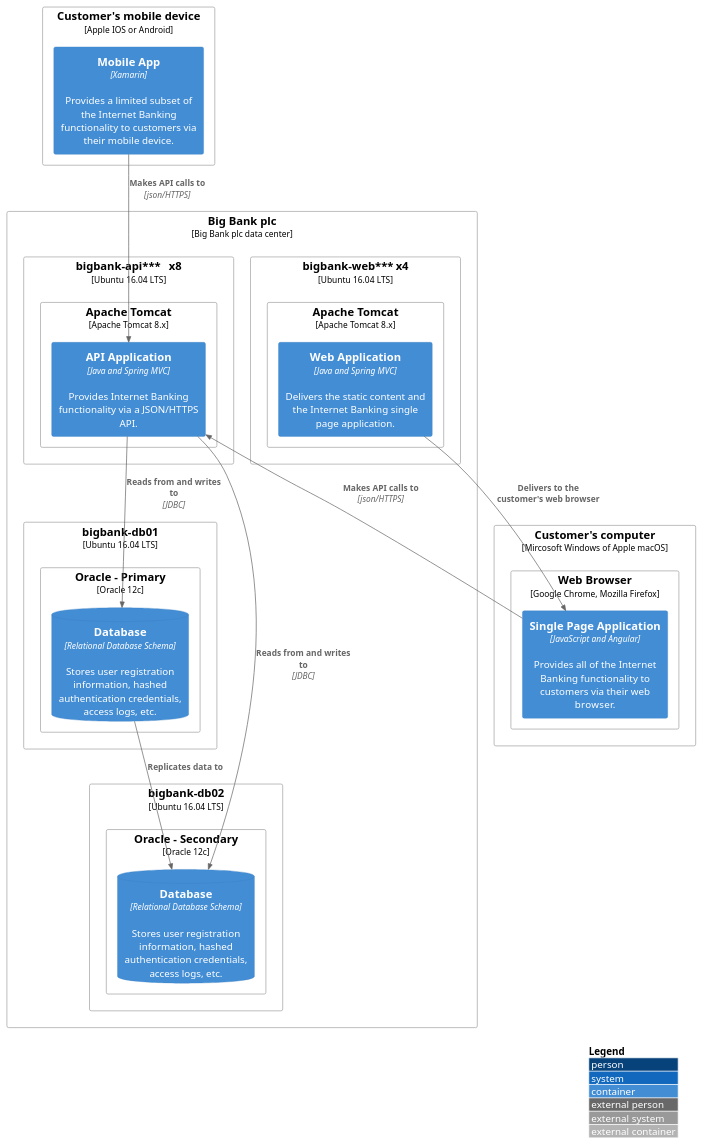
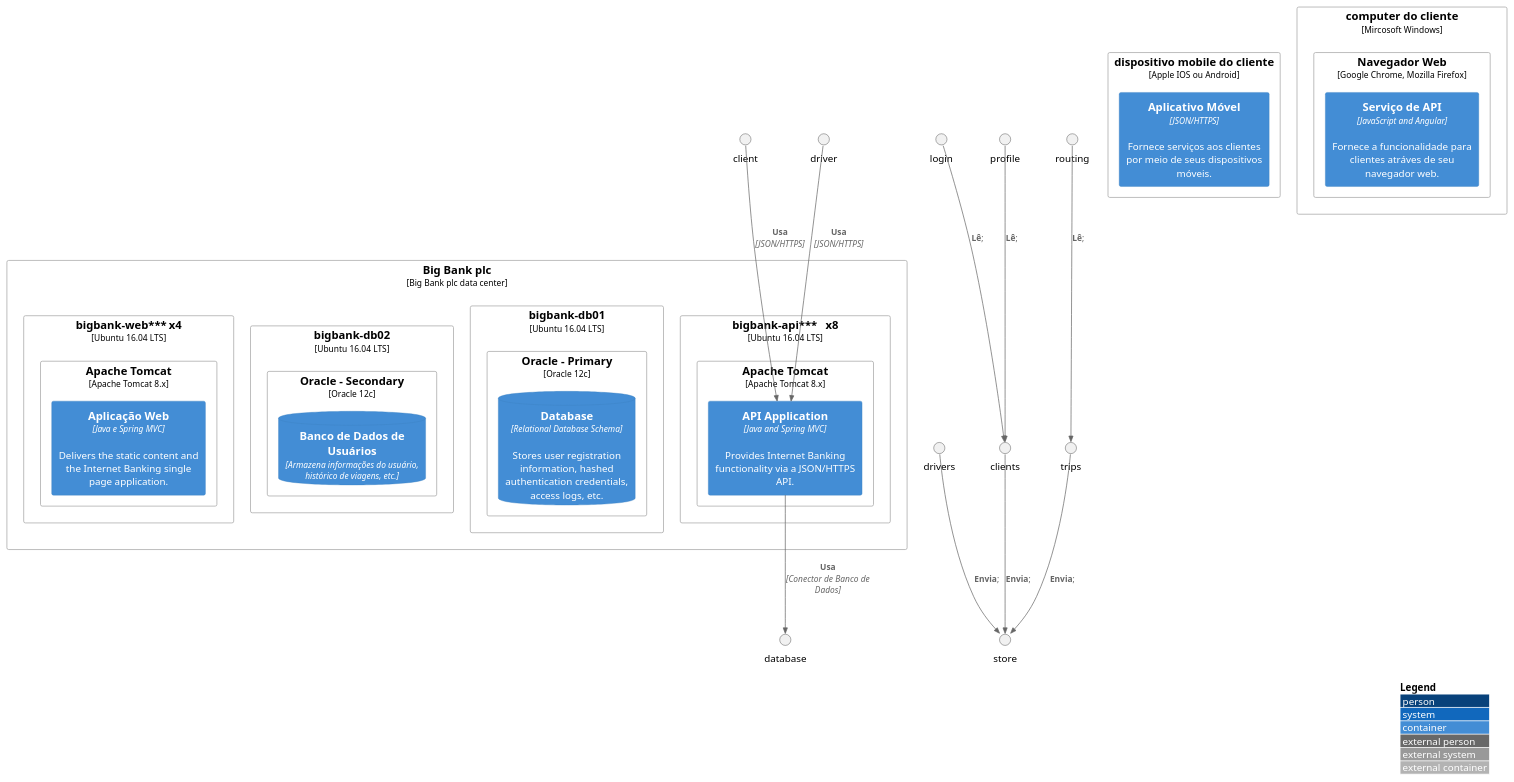
One commit to Emanuelle-Machado/DisciplinasTSI changed the diagram in projeto-c4builder/Projeto-SPS/src/2 Deployment/deployment.puml. Above: the diagram before and after it, drawn with PlantUML.

Commit message:
deployment
pequenas mudanças

```diff
--- a/projeto-c4builder/Projeto-SPS/src/2 Deployment/deployment.puml
+++ b/projeto-c4builder/Projeto-SPS/src/2 Deployment/deployment.puml
@@ -1,46 +1,54 @@
 @startuml
 !include https://raw.githubusercontent.com/adrianvlupu/C4-PlantUML/latest/C4_Deployment.puml
 
 LAYOUT_WITH_LEGEND()
 
 Deployment_Node(plc, "Big Bank plc", "Big Bank plc data center"){
     Deployment_Node(dn, "bigbank-api***\tx8", "Ubuntu 16.04 LTS"){
         Deployment_Node(apache, "Apache Tomcat", "Apache Tomcat 8.x"){
             Container(api, "API Application", "Java and Spring MVC", "Provides Internet Banking functionality via a JSON/HTTPS API.")
         }
     }
     Deployment_Node(bigbankdb01, "bigbank-db01", "Ubuntu 16.04 LTS"){
         Deployment_Node(oracle, "Oracle - Primary", "Oracle 12c"){
             ContainerDb(db, "Database", "Relational Database Schema", "Stores user registration information, hashed authentication credentials, access logs, etc.")
         }
     }
     Deployment_Node(bigbankdb02, "bigbank-db02", "Ubuntu 16.04 LTS"){
         Deployment_Node(oracle2, "Oracle - Secondary", "Oracle 12c"){
-            ContainerDb(db2, "Database", "Relational Database Schema", "Stores user registration information, hashed authentication credentials, access logs, etc.")
+            ContainerDb(bancoDadosUsuario, "Banco de Dados de Usuários", "Armazena informações do usuário, histórico de viagens, etc.")
         }
     }
     Deployment_Node(bb2, "bigbank-web***\tx4", "Ubuntu 16.04 LTS"){
         Deployment_Node(apache2, "Apache Tomcat", "Apache Tomcat 8.x"){
-            Container(web, "Web Application", "Java and Spring MVC", "Delivers the static content and the Internet Banking single page application.")
+            Container(web, "Aplicação Web", "Java e Spring MVC", "Delivers the static content and the Internet Banking single page application.")
         }
     }
 }
 
-Deployment_Node(mob, "Customer's mobile device", "Apple IOS or Android"){
-    Container(mobile, "Mobile App", "Xamarin", "Provides a limited subset of the Internet Banking functionality to customers via their mobile device.")
+Deployment_Node(mob, "dispositivo mobile do cliente", "Apple IOS ou Android"){
+    Container(appMobile, "Aplicativo Móvel", "JSON/HTTPS", "Fornece serviços aos clientes por meio de seus dispositivos móveis.")
 }
 
-Deployment_Node(comp, "Customer's computer", "Mircosoft Windows of Apple macOS"){
-    Deployment_Node(browser, "Web Browser", "Google Chrome, Mozilla Firefox"){
-        Container(spa, "Single Page Application", "JavaScript and Angular", "Provides all of the Internet Banking functionality to customers via their web browser.")
+Deployment_Node(comp, "computer do cliente", "Mircosoft Windows"){
+    Deployment_Node(browser, "Navegador Web", "Google Chrome, Mozilla Firefox"){
+        Container(servicoAPI, "Serviço de API", "JavaScript and Angular", "Fornece a funcionalidade para clientes atráves de seu navegador web.")
     }
 }
 
-Rel(mobile, api, "Makes API calls to", "json/HTTPS")
-Rel(spa, api, "Makes API calls to", "json/HTTPS")
-Rel(web, spa, "Delivers to the customer's web browser")
-Rel(api, db, "Reads from and writes to", "JDBC")
-Rel(api, db2, "Reads from and writes to", "JDBC")
-Rel(db, db2, "Replicates data to")
+
+
+Rel(client, api, "Usa", "JSON/HTTPS")
+Rel(driver, api, "Usa", "JSON/HTTPS")
+
+Rel(api, database, "Usa", "Conector de Banco de Dados")
+
+Rel(trips, store, "Envia");
+Rel(drivers, store, "Envia");
+Rel(clients, store, "Envia");
+
+Rel(routing, trips, "Lê");
+Rel(login, clients, "Lê");
+Rel(profile, clients, "Lê");
 
 @enduml
```
